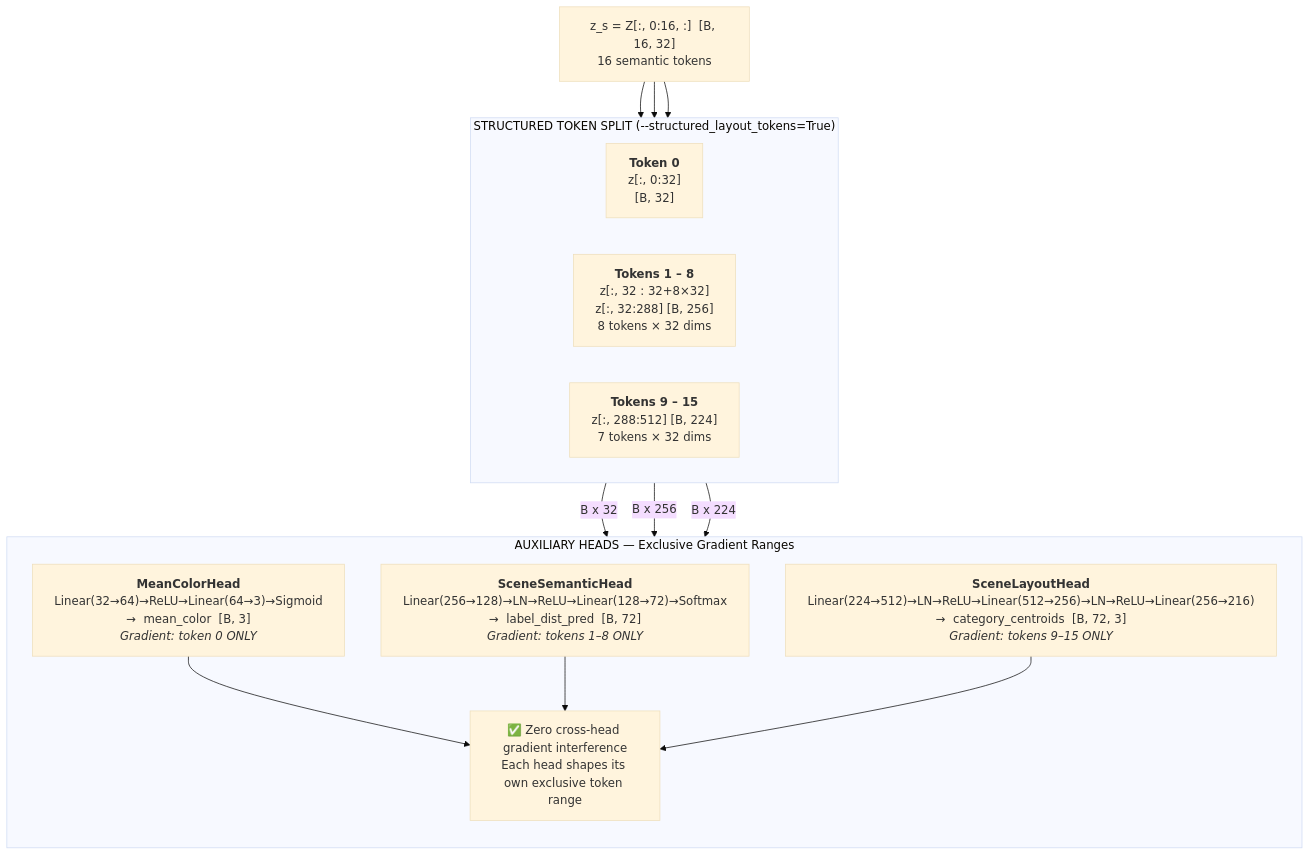
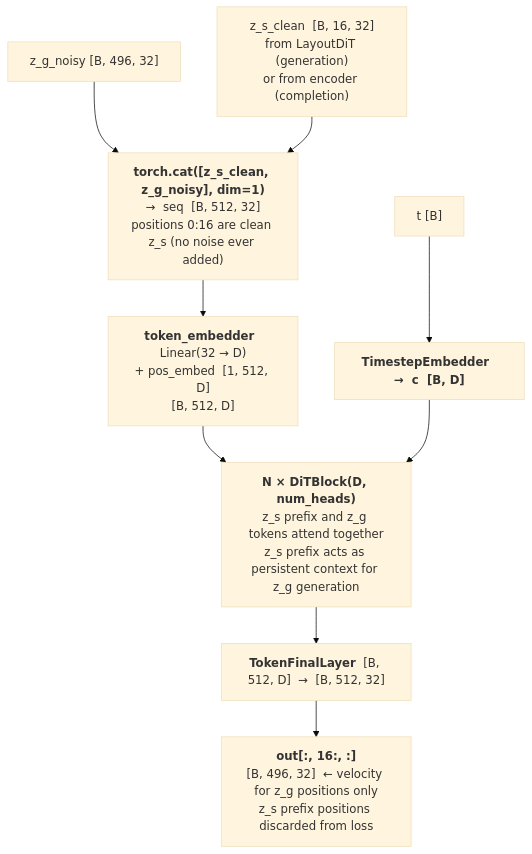
The fourth of 9 diagrams in stage2/README_STAGE2.MD (Hafeezmhk7/Semantic-Scene-Completion), drawn with Mermaid (base theme) before and after one commit. The commit also changed other lines of this file, not shown here.

````diff
--- a/stage2/README_STAGE2.MD
+++ b/stage2/README_STAGE2.MD
@@ -203,25 +328,24 @@
 ```mermaid
 flowchart TD
-    ZS["z_s = Z[:, 0:16, :]  [B, 16, 32]<br/>16 semantic tokens"]
+    ZG["z_g_noisy  [B, 496, 32]"]
+    ZS["z_s_clean  [B, 16, 32]<br/>from LayoutDiT (generation)<br/>or from encoder (completion)"]
+    T["t  [B]"]
 
-    subgraph SPLIT_BOX["STRUCTURED TOKEN SPLIT  (--structured_layout_tokens=True)"]
-        direction LR
-        T0["<b>Token 0</b><br/>z[:, 0:32]<br/>[B, 32]"]
-        T18["<b>Tokens 1 – 8</b><br/>z[:, 32 : 32+8×32]<br/>z[:, 32:288]  [B, 256]<br/>8 tokens × 32 dims"]
-        T915["<b>Tokens 9 – 15</b><br/>z[:, 288:512]  [B, 224]<br/>7 tokens × 32 dims"]
-    end
+    CAT["<b>torch.cat([z_s_clean, z_g_noisy], dim=1)</b><br/>→  seq  [B, 512, 32]<br/>positions 0:16 are clean z_s (no noise ever added)"]
 
-    subgraph HEADS_STRUCT["AUXILIARY HEADS — Exclusive Gradient Ranges"]
-        direction TB
-        H0S["<b>MeanColorHead</b><br/>Linear(32→64)→ReLU→Linear(64→3)→Sigmoid<br/>→  mean_color  [B, 3]<br/><i>Gradient: token 0 ONLY</i>"]
-        H1S["<b>SceneSemanticHead</b><br/>Linear(256→128)→LN→ReLU→Linear(128→72)→Softmax<br/>→  label_dist_pred  [B, 72]<br/><i>Gradient: tokens 1–8 ONLY</i>"]
-        H2S["<b>SceneLayoutHead</b><br/>Linear(224→512)→LN→ReLU→Linear(512→256)→LN→ReLU→Linear(256→216)<br/>→  category_centroids  [B, 72, 3]<br/><i>Gradient: tokens 9–15 ONLY</i>"]
-        OK["✅ Zero cross-head gradient interference<br/>Each head shapes its own exclusive token range"]
-    end
+    EMB["<b>token_embedder</b>  Linear(32 → D)<br/>+ pos_embed  [1, 512, D]<br/>[B, 512, D]"]
 
-    ZS --> T0 & T18 & T915
-    T0   -->|"B x 32"| H0S
-    T18  -->|"B x 256"| H1S
-    T915 -->|"B x 224"| H2S
-    H0S & H1S & H2S --> OK
+    TEMB["<b>TimestepEmbedder  →  c  [B, D]</b>"]
+
+    BLOCKS["<b>N × DiTBlock(D, num_heads)</b><br/>z_s prefix and z_g tokens attend together<br/>z_s prefix acts as persistent context for z_g generation"]
+
+    FINAL["<b>TokenFinalLayer</b>  [B, 512, D]  →  [B, 512, 32]"]
+
+    SLICE["<b>out[:, 16:, :]</b><br/>[B, 496, 32]  ← velocity for z_g positions only<br/>z_s prefix positions discarded from loss"]
+
+    ZG --> CAT
+    ZS --> CAT
+    CAT --> EMB --> BLOCKS
+    T --> TEMB --> BLOCKS
+    BLOCKS --> FINAL --> SLICE
 ```
````
